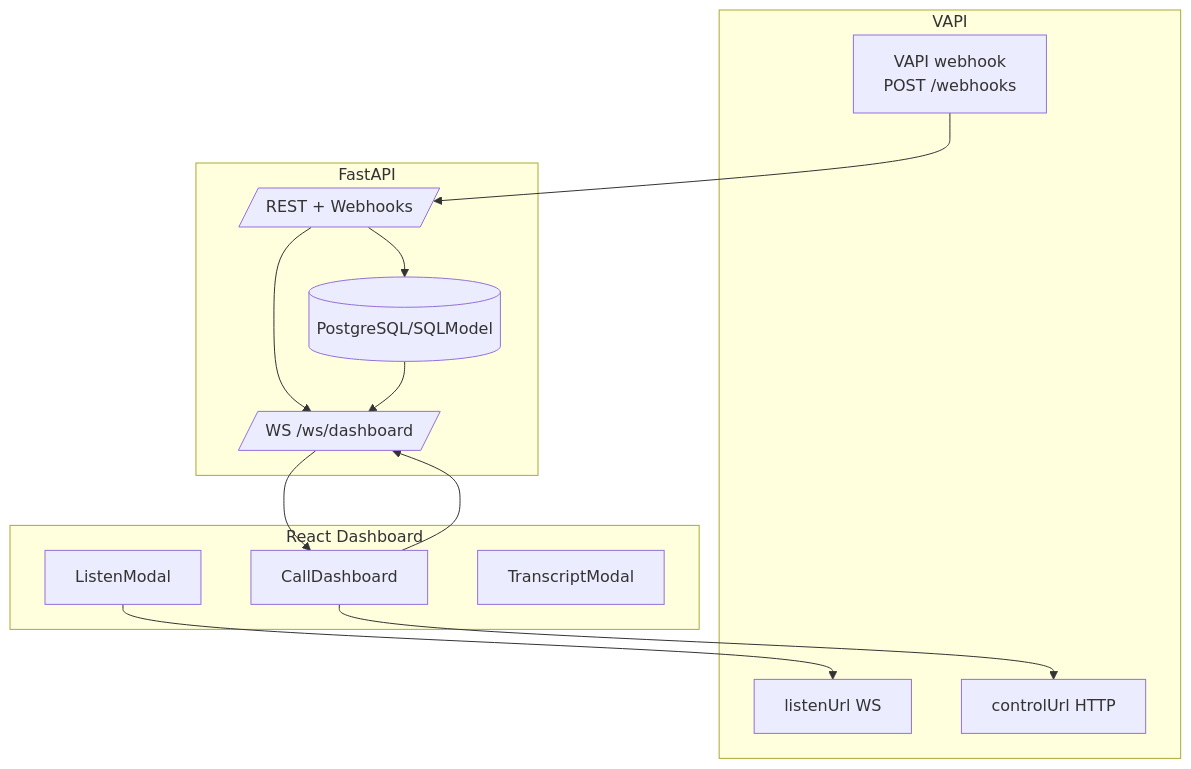
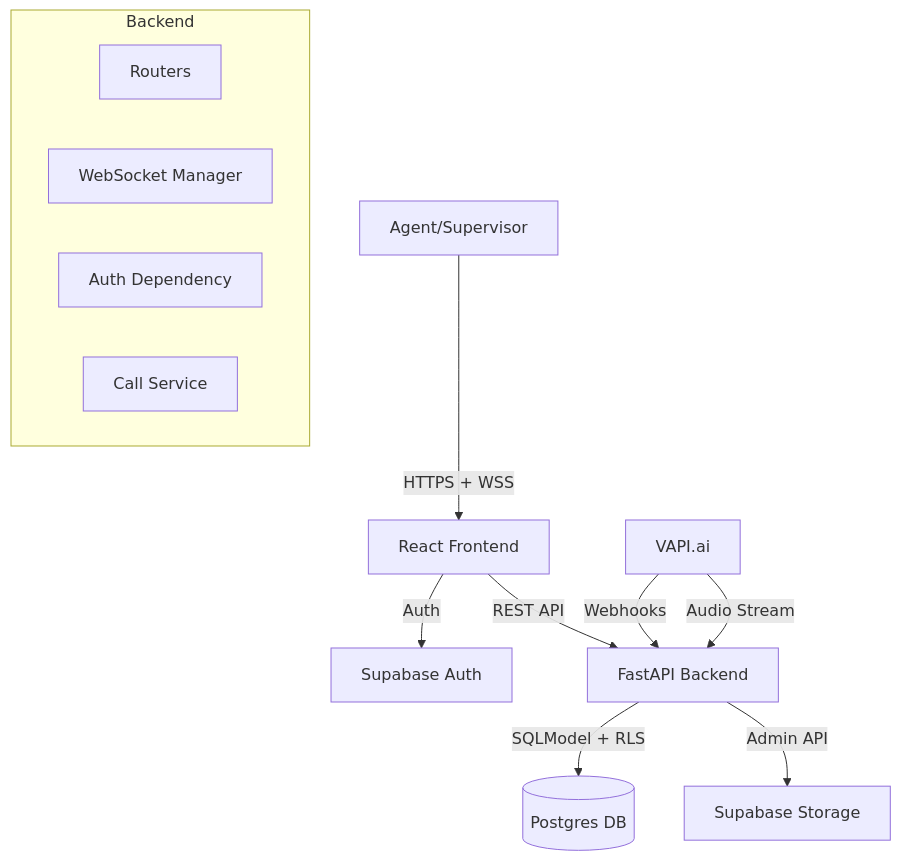
One commit to ronaks2309/fe-inbound-panel changed the first of 6 diagrams in readme.md. Above: the diagram before and after it, drawn with Mermaid. The commit also changed other lines of this file and 3 other files, not shown here.

````diff
--- a/readme.md
+++ b/readme.md
@@ -211,29 +227,19 @@
 ```mermaid
 flowchart TD
-  subgraph VAPI
-    WB["VAPI webhook\nPOST /webhooks"]
-    LS["listenUrl WS"]
-    CTL["controlUrl HTTP"]
-  end
-
-  subgraph Backend[FastAPI]
-    API[/REST + Webhooks/]
-    WS[/WS /ws/dashboard/]
-    DB[(PostgreSQL/SQLModel)]
-  end
-
-  subgraph Frontend[React Dashboard]
-    UI[CallDashboard]
-    LModal[ListenModal]
-    TModal[TranscriptModal]
-  end
-
-  WB --> API
-  API --> DB
-  API --> WS
-  DB --> WS
-  WS --> UI
-  UI --> WS
-  LModal --> LS
-  UI --> CTL
+    User[Agent/Supervisor] -->|HTTPS + WSS| FE[React Frontend]
+    FE -->|Auth| Supabase[Supabase Auth]
+    FE -->|REST API| BE[FastAPI Backend]
+    
+    subgraph Backend
+        API[Routers]
+        WS[WebSocket Manager]
+        Auth[Auth Dependency]
+        Service[Call Service]
+    end
+    
+    BE -->|SQLModel + RLS| DB[(Postgres DB)]
+    BE -->|Admin API| Storage[Supabase Storage]
+    
+    VAPI[VAPI.ai] -->|Webhooks| BE
+    VAPI -->|Audio Stream| BE
 ```
````
